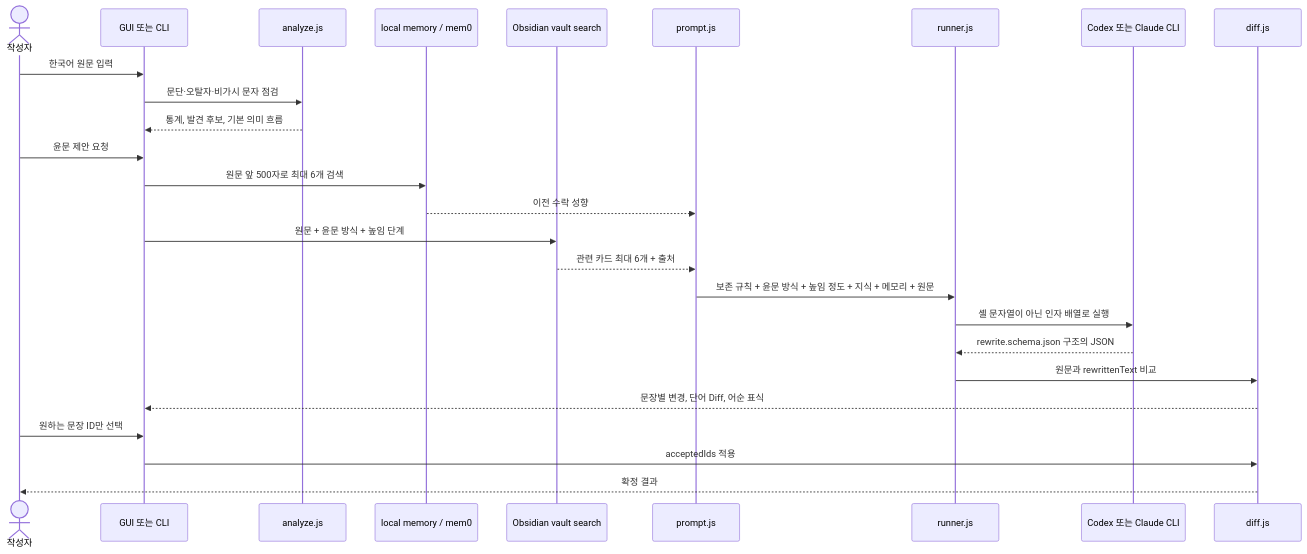
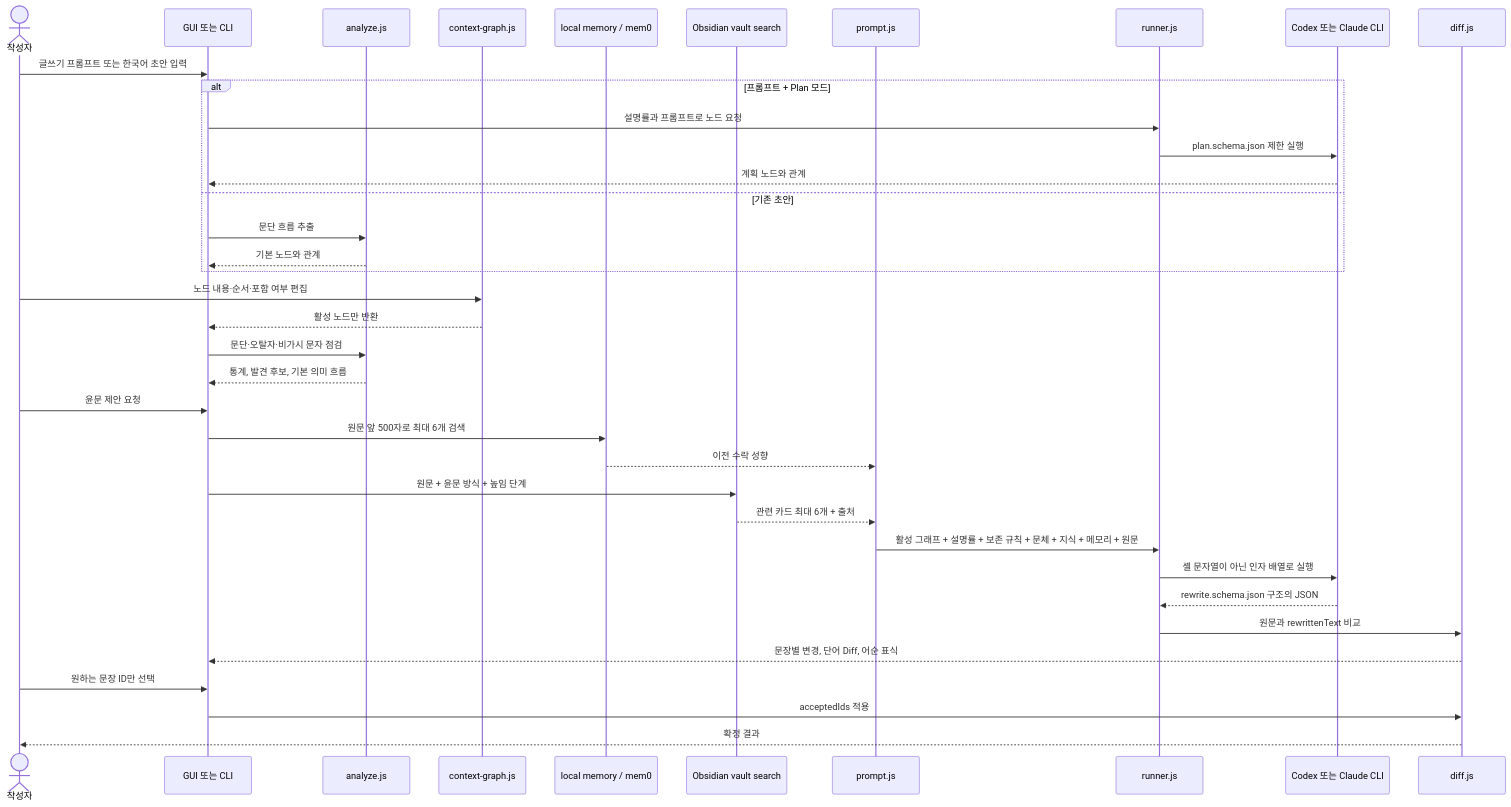
The second of 7 diagrams in README.md (kuseumkkrkkr/KR-humanizer), drawn with Mermaid before and after one commit. The commit also changed other lines of this file and 41 other files, not shown here.

Commit message:
feat: add graph-guided writing plans

````diff
--- a/README.md
+++ b/README.md
@@ -167,29 +175,40 @@
 ```mermaid
 sequenceDiagram
   actor U as 작성자
   participant UI as GUI 또는 CLI
   participant A as analyze.js
+  participant G as context-graph.js
   participant M as local memory / mem0
   participant K as Obsidian vault search
   participant P as prompt.js
   participant R as runner.js
   participant E as Codex 또는 Claude CLI
   participant D as diff.js
 
-  U->>UI: 한국어 원문 입력
+  U->>UI: 글쓰기 프롬프트 또는 한국어 초안 입력
+  alt 프롬프트 + Plan 모드
+    UI->>R: 설명률과 프롬프트로 노드 요청
+    R->>E: plan.schema.json 제한 실행
+    E-->>UI: 계획 노드와 관계
+  else 기존 초안
+    UI->>A: 문단 흐름 추출
+    A-->>UI: 기본 노드와 관계
+  end
+  U->>G: 노드 내용·순서·포함 여부 편집
+  G-->>UI: 활성 노드만 반환
   UI->>A: 문단·오탈자·비가시 문자 점검
   A-->>UI: 통계, 발견 후보, 기본 의미 흐름
   U->>UI: 윤문 제안 요청
   UI->>M: 원문 앞 500자로 최대 6개 검색
   M-->>P: 이전 수락 성향
   UI->>K: 원문 + 윤문 방식 + 높임 단계
   K-->>P: 관련 카드 최대 6개 + 출처
-  P->>R: 보존 규칙 + 윤문 방식 + 높임 정도 + 지식 + 메모리 + 원문
+  P->>R: 활성 그래프 + 설명률 + 보존 규칙 + 문체 + 지식 + 메모리 + 원문
   R->>E: 셸 문자열이 아닌 인자 배열로 실행
   E-->>R: rewrite.schema.json 구조의 JSON
   R->>D: 원문과 rewrittenText 비교
   D-->>UI: 문장별 변경, 단어 Diff, 어순 표식
   U->>UI: 원하는 문장 ID만 선택
   UI->>D: acceptedIds 적용
   D-->>U: 확정 결과
 ```
````
